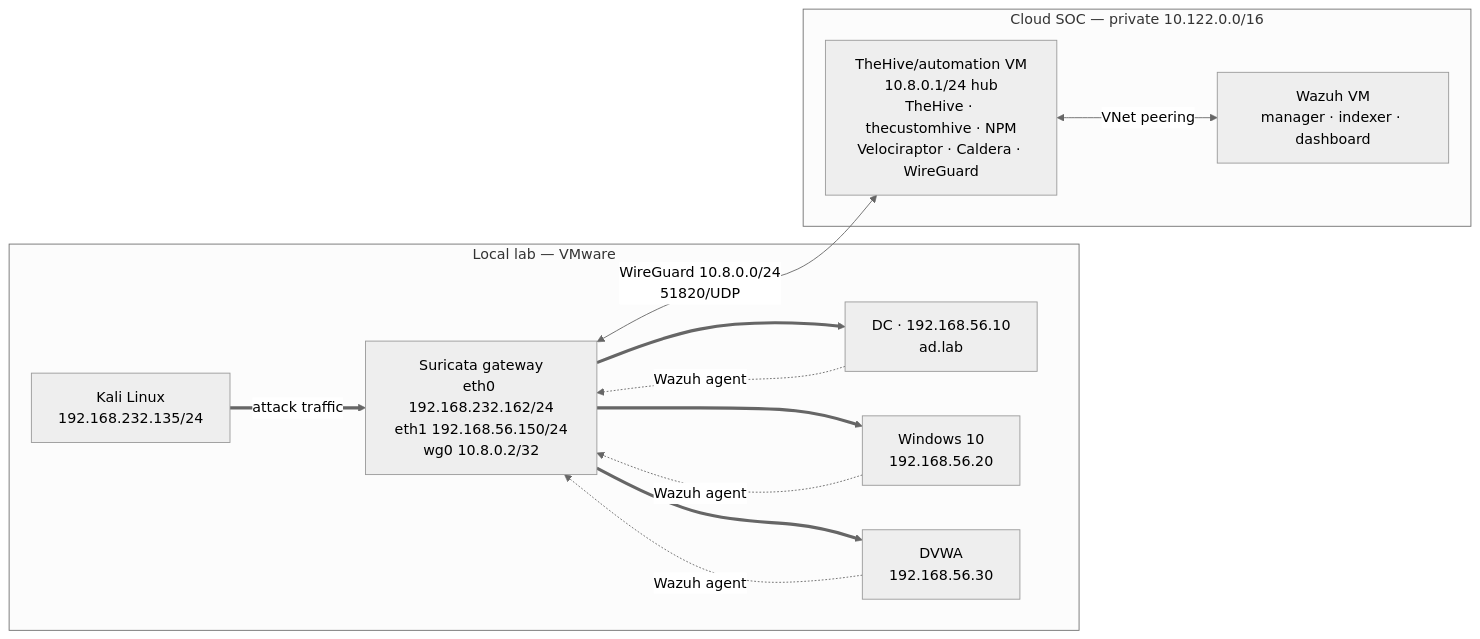
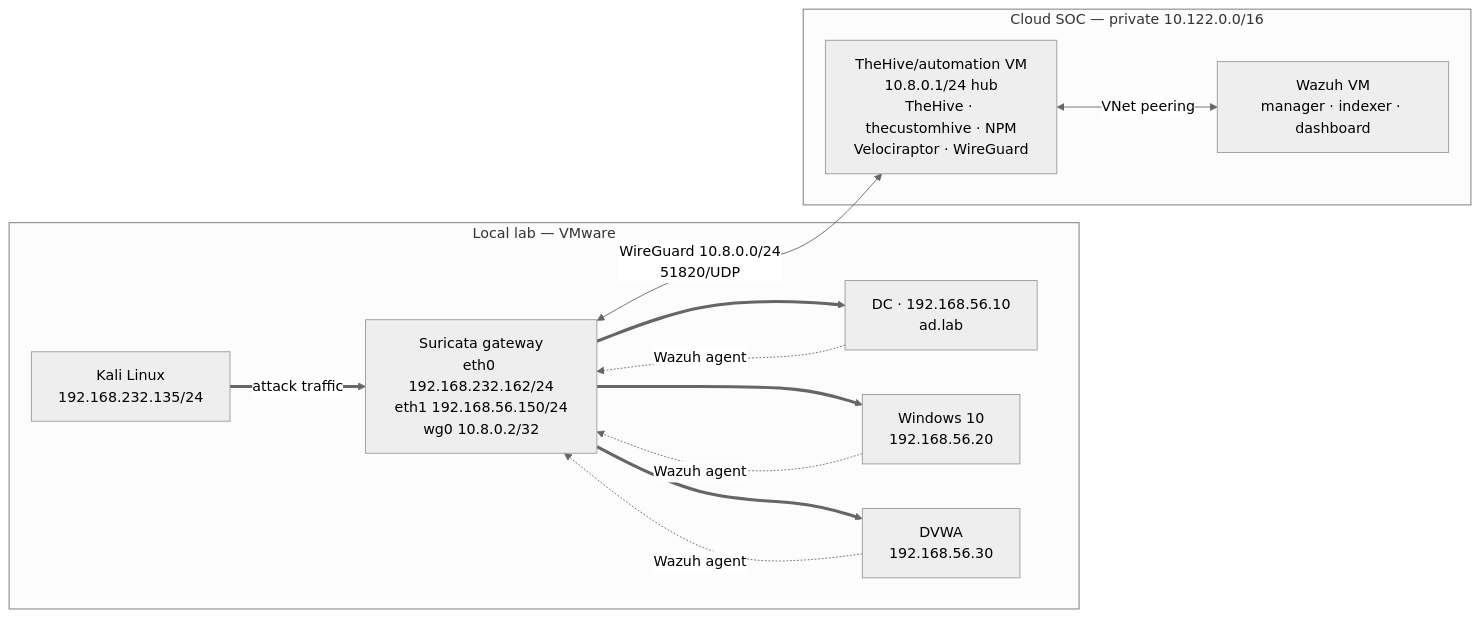
One commit to EclipseManic/SOC-Lab changed the diagram in 01-lab-setup/architecture.md. Above: the diagram before and after it, drawn with Mermaid (neutral theme). The commit also changed other lines of this file and 12 other files, not shown here.

First line of the commit message:
docs: use latest architecture image and remove Caldera

````diff
--- a/01-lab-setup/architecture.md
+++ b/01-lab-setup/architecture.md
@@ -17,23 +17,23 @@
 ```mermaid
 flowchart LR
   subgraph LOCAL["Local lab — VMware"]
     K["Kali Linux<br/>192.168.232.135/24"]
     SG["Suricata gateway<br/>eth0 192.168.232.162/24<br/>eth1 192.168.56.150/24<br/>wg0 10.8.0.2/32"]
     DC["DC · 192.168.56.10<br/>ad.lab"]
     W10["Windows 10<br/>192.168.56.20"]
     DV["DVWA<br/>192.168.56.30"]
     K ==>|"attack traffic"| SG
     SG ==> DC
     SG ==> W10
     SG ==> DV
     DC -.->|Wazuh agent| SG
     W10 -.->|Wazuh agent| SG
     DV -.->|Wazuh agent| SG
   end
   subgraph CLOUD["Cloud SOC — private 10.122.0.0/16"]
-    HUB["TheHive/automation VM<br/>10.8.0.1/24 hub<br/>TheHive · thecustomhive · NPM<br/>Velociraptor · Caldera · WireGuard"]
+    HUB["TheHive/automation VM<br/>10.8.0.1/24 hub<br/>TheHive · thecustomhive · NPM<br/>Velociraptor · WireGuard"]
     WZ["Wazuh VM<br/>manager · indexer · dashboard"]
     HUB <-->|"VNet peering"| WZ
   end
   SG <-->|"WireGuard 10.8.0.0/24<br/>51820/UDP"| HUB
 ```
````
